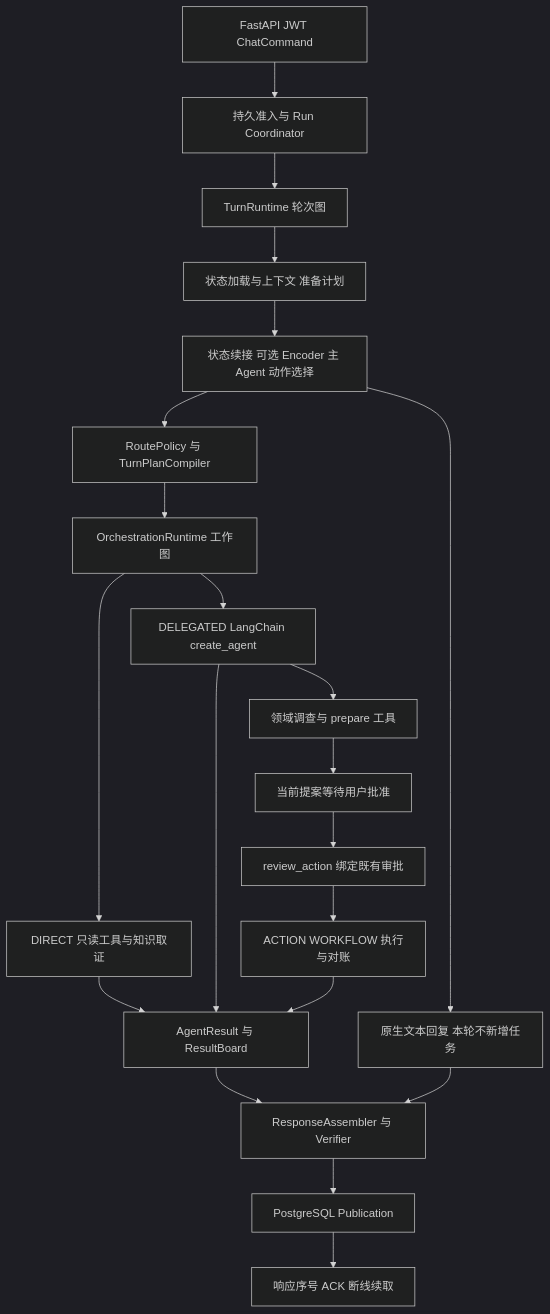
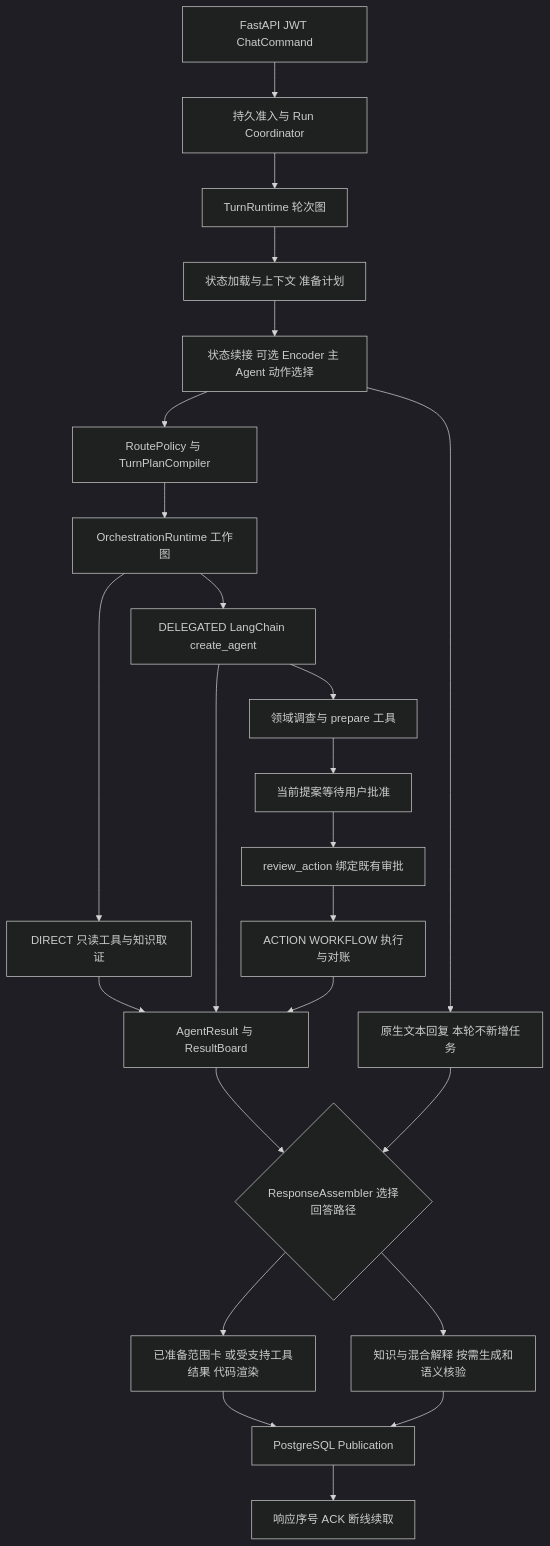
The diagram in docs/_includes/architecture-handbook-current.md (Garrulus21yyx/DialogPilot), drawn with Mermaid (dark theme) before and after one commit. The commit also changed other lines of this file and 10 other files, not shown here.

````diff
--- a/docs/_includes/architecture-handbook-current.md
+++ b/docs/_includes/architecture-handbook-current.md
@@ -64,23 +64,26 @@
 ```mermaid
 flowchart TD
   HTTP[FastAPI JWT ChatCommand] --> RUN[持久准入与 Run Coordinator]
   RUN --> TURN[TurnRuntime 轮次图]
   TURN --> PREP[状态加载与上下文 准备计划]
   PREP --> UNDER[状态续接 可选 Encoder 主 Agent 动作选择]
   UNDER --> TEXT[原生文本回复 本轮不新增任务]
   UNDER --> POLICY[RoutePolicy 与 TurnPlanCompiler]
   POLICY --> WORK[OrchestrationRuntime 工作图]
   WORK --> DIRECT[DIRECT 只读工具与知识取证]
   WORK --> DOMAIN[DELEGATED LangChain create_agent]
   DOMAIN --> PREPARE[领域调查与 prepare 工具]
   PREPARE --> WAIT[当前提案等待用户批准]
   WAIT --> DECISION[review_action 绑定既有审批]
   DECISION --> WRITE[ACTION WORKFLOW 执行与对账]
   DIRECT --> BOARD[AgentResult 与 ResultBoard]
   DOMAIN --> BOARD
   WRITE --> BOARD
-  BOARD --> RESPONSE[ResponseAssembler 与 Verifier]
+  BOARD --> RESPONSE{ResponseAssembler 选择回答路径}
   TEXT --> RESPONSE
-  RESPONSE --> PUB[PostgreSQL Publication]
+  RESPONSE --> RENDER[已准备范围卡 或受支持工具结果 代码渲染]
+  RESPONSE --> SEMANTIC[知识与混合解释 按需生成和语义核验]
+  RENDER --> PUB[PostgreSQL Publication]
+  SEMANTIC --> PUB
   PUB --> ACK[响应序号 ACK 断线续取]
 ```
````
